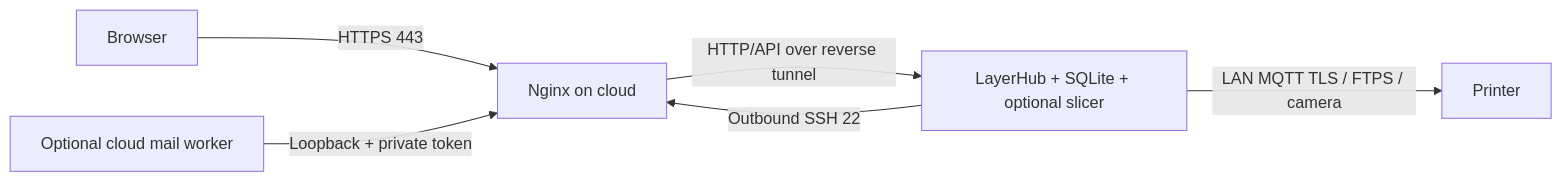
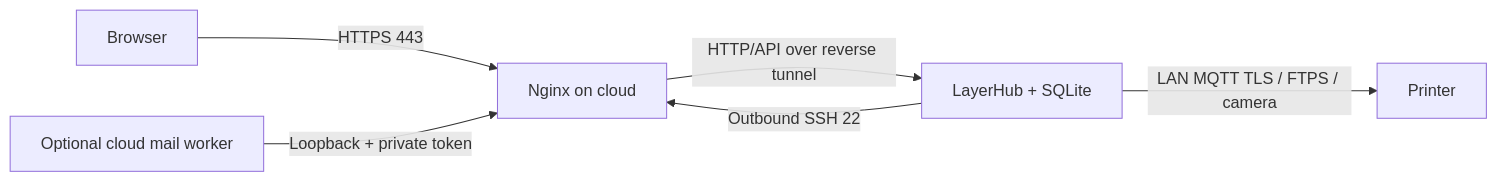
One commit to Tuang-Gaashuan/LayerHub changed the diagram in DEPLOYMENT.md. Above: the diagram before and after it, drawn with Mermaid. The commit also changed other lines of this file and 156 other files, not shown here.

````diff
--- a/DEPLOYMENT.md
+++ b/DEPLOYMENT.md
@@ -9,8 +9,8 @@
 ```mermaid
 flowchart LR
     Browser -->|HTTPS 443| Cloud[Nginx on cloud]
-    NAS[LayerHub + SQLite + optional slicer] -->|Outbound SSH 22| Cloud
+    NAS[LayerHub + SQLite] -->|Outbound SSH 22| Cloud
     Cloud -->|HTTP/API over reverse tunnel| NAS
     NAS -->|LAN MQTT TLS / FTPS / camera| Printer
     Mail[Optional cloud mail worker] -->|Loopback + private token| Cloud
 ```
````
